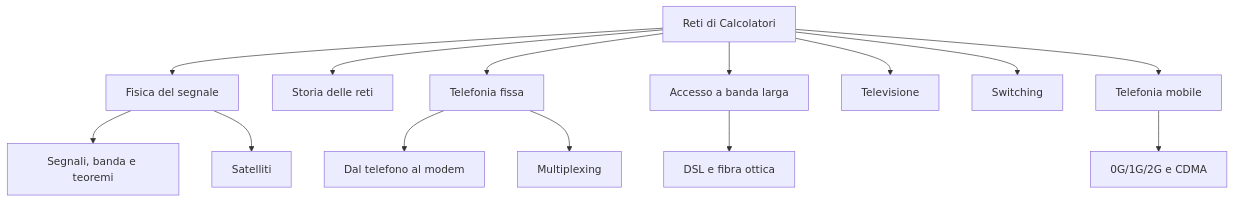
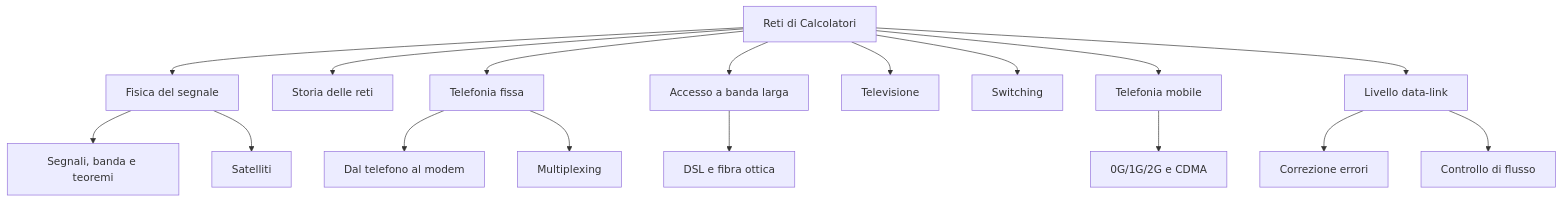
The second of 2 diagrams in Reti di Calcolatori.md (Nadaloner/networking), drawn with Mermaid before and after one commit. The commit also changed other lines of this file and 5 other files, not shown here.

Commit message:
Add lessons 19-20 Nov: error correction codes and data-link layer

````diff
--- a/Reti di Calcolatori.md
+++ b/Reti di Calcolatori.md
@@ -24,20 +26,24 @@
 ```mermaid
 graph TD
     A[Reti di Calcolatori] --> B[Fisica del segnale]
     A --> C[Storia delle reti]
     A --> D[Telefonia fissa]
     A --> E[Accesso a banda larga]
     A --> F[Televisione]
     A --> G[Switching]
     A --> H[Telefonia mobile]
+    A --> I[Livello data-link]
 
     B --> B1[Segnali, banda e teoremi]
     B --> B2[Satelliti]
 
     D --> D1[Dal telefono al modem]
     D --> D2[Multiplexing]
 
     E --> E1[DSL e fibra ottica]
 
     H --> H1[0G/1G/2G e CDMA]
+
+    I --> I1[Correzione errori]
+    I --> I2[Controllo di flusso]
 ```
````
